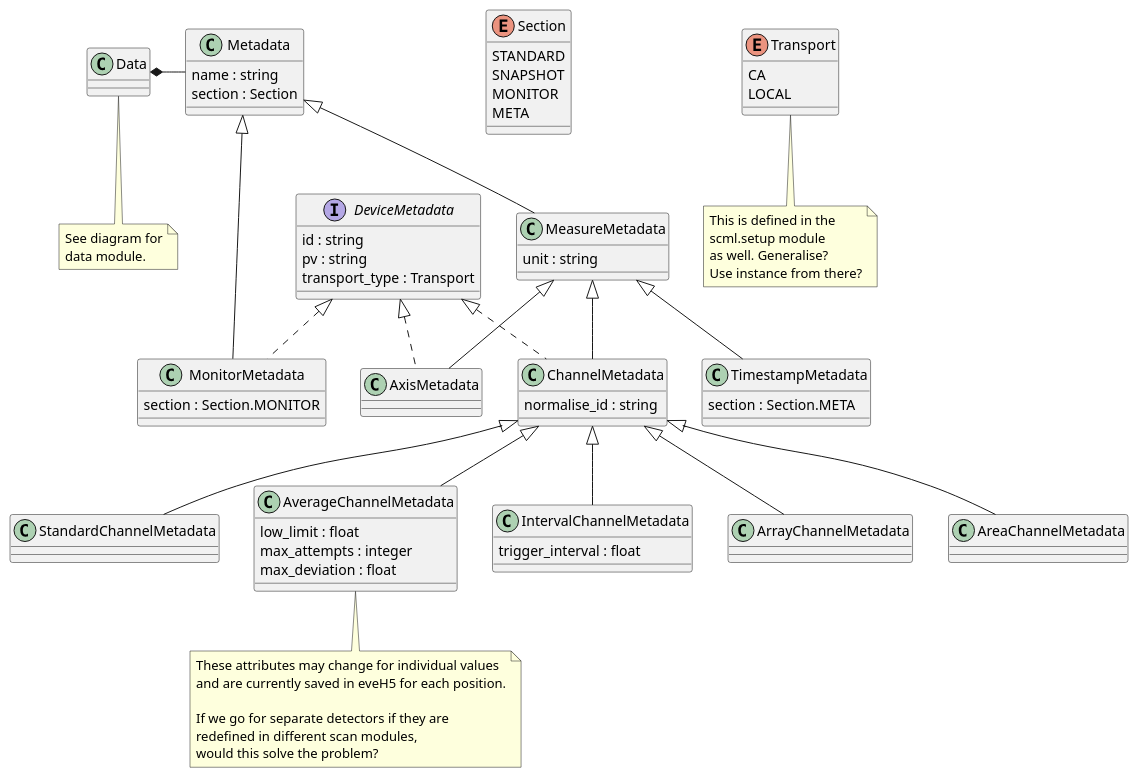
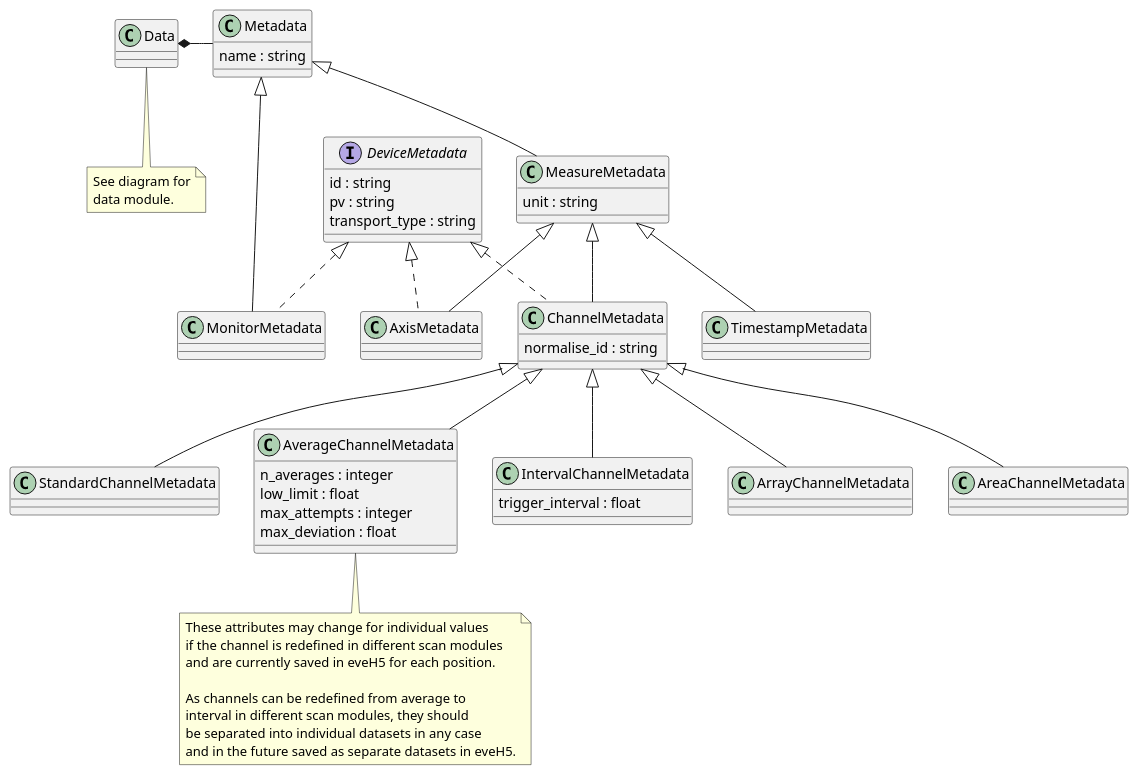
One commit to tillbiskup/evedata changed the diagram in docs/uml/evedata.evefile.metadata.puml. Above: the diagram before and after it, drawn with PlantUML. The commit also changed 5 other files, not shown here.

```diff
--- a/docs/uml/evedata.evefile.metadata.puml
+++ b/docs/uml/evedata.evefile.metadata.puml
@@ -1,78 +1,65 @@
 @startuml
 
 class Metadata {
     name : string
-    section : Section
 }
 
 class Data {
 }
 note bottom: See diagram for\ndata module.
 
-enum Section {
-    STANDARD
-    SNAPSHOT
-    MONITOR
-    META
-}
-
-enum Transport {
-    CA
-    LOCAL
-}
-note bottom: This is defined in the\nscml.setup module\nas well. Generalise?\nUse instance from there?
-
 interface DeviceMetadata {
     id : string
     pv : string
-    transport_type : Transport
+    transport_type : string
 }
 
 class MeasureMetadata extends Metadata {
     unit : string
 }
 
 class MonitorMetadata extends Metadata implements DeviceMetadata {
-    section : Section.MONITOR
 }
 
 class AxisMetadata extends MeasureMetadata implements DeviceMetadata  {
 }
 
 class ChannelMetadata extends MeasureMetadata implements DeviceMetadata  {
     normalise_id : string
 }
 
 class TimestampMetadata extends MeasureMetadata {
-    section : Section.META
 }
 
 class StandardChannelMetadata extends ChannelMetadata {}
 
 class AverageChannelMetadata extends ChannelMetadata {
+    n_averages : integer
     low_limit : float
     max_attempts : integer
     max_deviation : float
 }
 note bottom
     These attributes may change for individual values
+    if the channel is redefined in different scan modules
     and are currently saved in eveH5 for each position.
 
-    If we go for separate detectors if they are
-    redefined in different scan modules,
-    would this solve the problem?
+    As channels can be redefined from average to
+    interval in different scan modules, they should
+    be separated into individual datasets in any case
+    and in the future saved as separate datasets in eveH5.
 end note
 
 class IntervalChannelMetadata extends ChannelMetadata {
     trigger_interval : float
 }
 
 class ArrayChannelMetadata extends ChannelMetadata {
 }
 
 class AreaChannelMetadata extends ChannelMetadata {
 }
 
 Data *- Metadata
 
 @enduml
```
